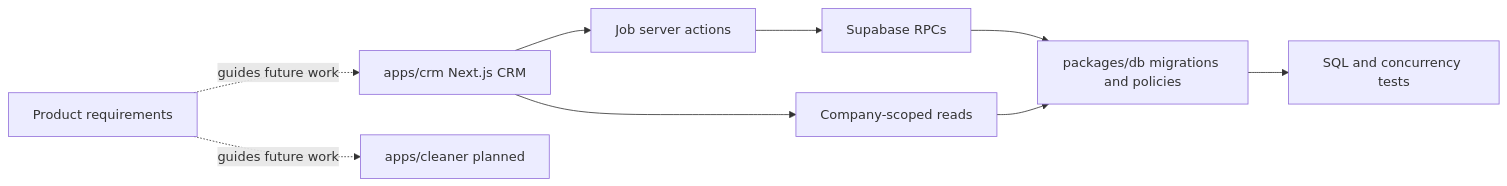
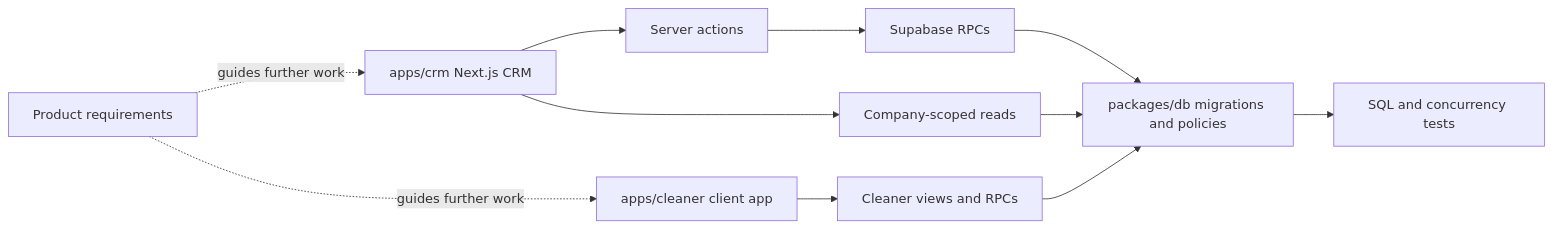
One commit to lspinheiro/clean_app_crm changed the diagram in openwiki/quickstart.md. Above: the diagram before and after it, drawn with Mermaid. The commit also changed other lines of this file and 16 other files, not shown here.

````diff
--- a/openwiki/quickstart.md
+++ b/openwiki/quickstart.md
@@ -18,11 +18,13 @@
 ```mermaid
 flowchart LR
-    CRM["apps/crm Next.js CRM"] --> Actions["Job server actions"]
+    CRM["apps/crm Next.js CRM"] --> Actions["Server actions"]
     Actions --> RPCs["Supabase RPCs"]
     CRM --> Reads["Company-scoped reads"]
+    Cleaner["apps/cleaner client app"] --> CleanerViews["Cleaner views and RPCs"]
     RPCs --> DB["packages/db migrations and policies"]
     Reads --> DB
+    CleanerViews --> DB
     DB --> Tests["SQL and concurrency tests"]
-    Product["Product requirements"] -. guides future work .-> CRM
-    Product -. guides future work .-> Cleaner["apps/cleaner planned"]
+    Product["Product requirements"] -. guides further work .-> CRM
+    Product -. guides further work .-> Cleaner
 ```
````
